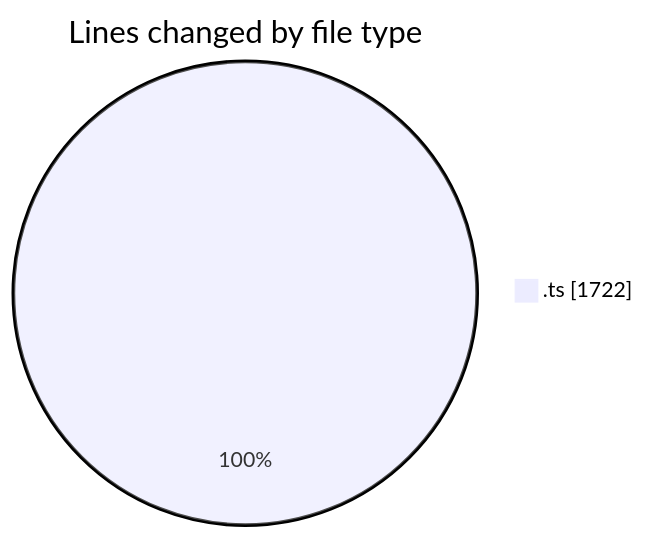
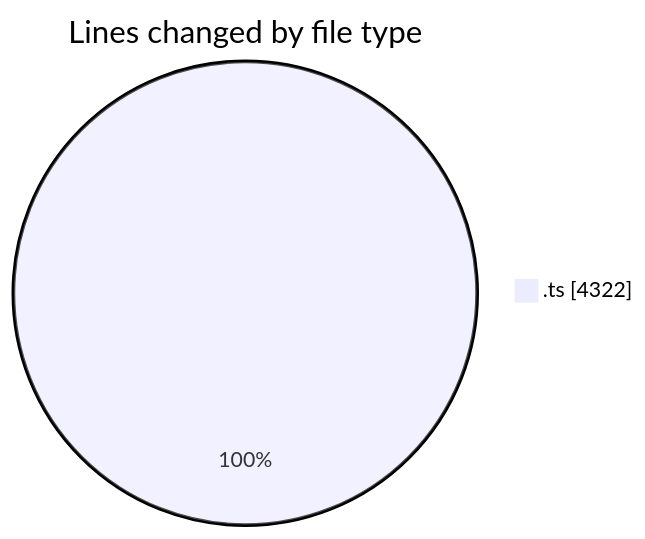
One commit to momahboobian/code-tracking changed the first of 2 diagrams in 2026-10-28/cda/README.md. Above: the diagram before and after it, drawn with Mermaid. The commit also changed other lines of this file and 1 other file, not shown here.

````diff
--- a/2026-10-28/cda/README.md
+++ b/2026-10-28/cda/README.md
@@ -21,5 +24,5 @@
 ```mermaid
 pie showData
 title Lines changed by file type
-".ts" : 1722
+".ts" : 4322
 ```
````
